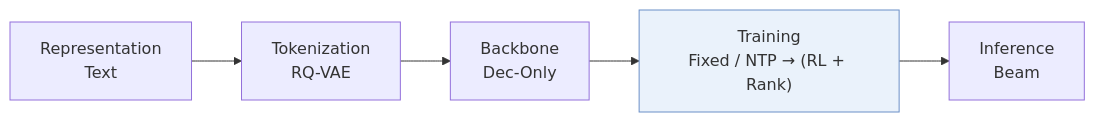
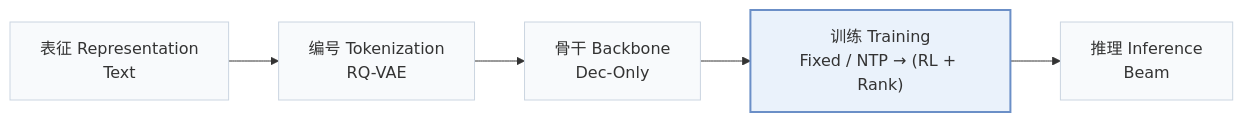
One commit to Galaxy-ghost/Awesome-SID-Generative-Rec changed the first of 2 diagrams in pages/zh/papers/ugr.md. Above: the diagram before and after it, drawn with Mermaid. The commit also changed other lines of this file and 649 other files, not shown here.

Commit message:
writer-05: also tags and modality index (schema, check, build, visuals); summary field removed; calibration data for 12 papers

````diff
--- a/pages/zh/papers/ugr.md
+++ b/pages/zh/papers/ugr.md
@@ -13,6 +15,8 @@
 ```mermaid
 flowchart LR
-    R["Representation<br/>Text"] --> T["Tokenization<br/>RQ-VAE"] --> B["Backbone<br/>Dec-Only"] --> TR["Training<br/>Fixed / NTP → (RL + Rank)"] --> I["Inference<br/>Beam"]
-    classDef main fill:#eaf2fb,stroke:#6b8fc7
+    R["表征 Representation<br/>Text"] --> T["编号 Tokenization<br/>RQ-VAE"] --> B["骨干 Backbone<br/>Dec-Only"] --> TR["训练 Training<br/>Fixed / NTP → (RL + Rank)"] --> I["推理 Inference<br/>Beam"]
+    classDef base fill:#f8fafc,stroke:#cbd5e1
+    class R,T,B,TR,I base
+    classDef main fill:#eaf2fb,stroke:#6b8fc7,stroke-width:2px
     class TR main
 ```
````
